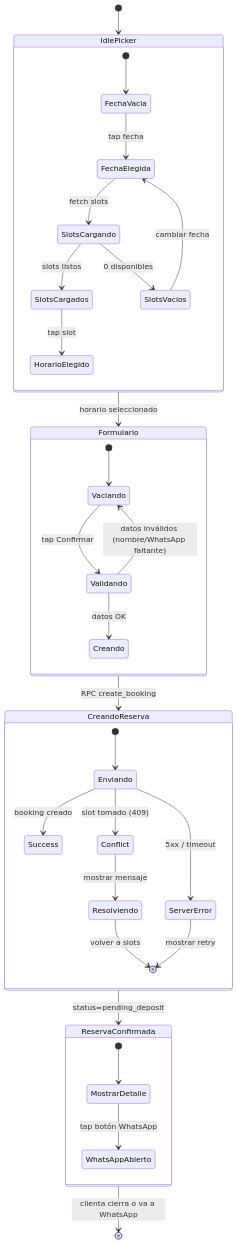
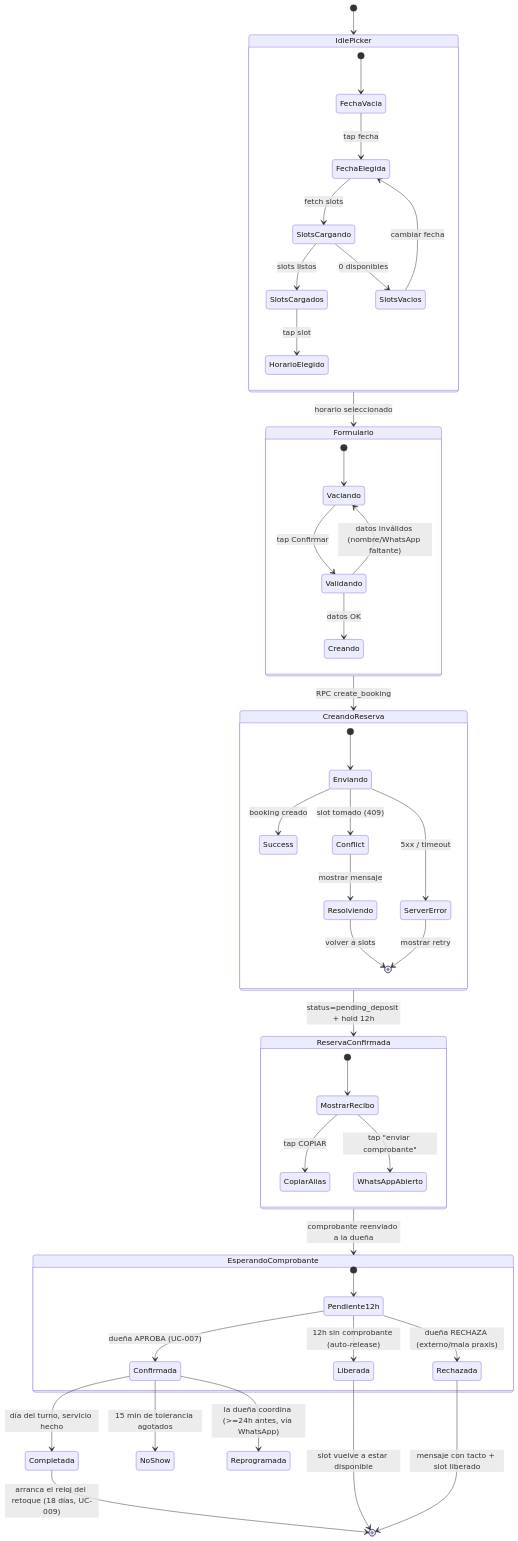
Before and after one commit to bertoleor/khal: the diagram in docs/ux-flows/diagrams/uc-002-reservar/states.md, drawn with Mermaid. The commit also changed 6 other files, not shown here.

Commit message:
docs(ux-flows): v2 use-cases, screen-map, estados, full flows deck + 12-screen board (design: 10-uiux)

````diff
--- a/docs/ux-flows/diagrams/uc-002-reservar/states.md
+++ b/docs/ux-flows/diagrams/uc-002-reservar/states.md
@@ -3,40 +3,54 @@
 ```mermaid
 stateDiagram-v2
     [*] --> IdlePicker
     state IdlePicker {
         [*] --> FechaVacia
         FechaVacia --> FechaElegida: tap fecha
         FechaElegida --> SlotsCargando: fetch slots
         SlotsCargando --> SlotsCargados: slots listos
         SlotsCargando --> SlotsVacios: 0 disponibles
         SlotsVacios --> FechaElegida: cambiar fecha
         SlotsCargados --> HorarioElegido: tap slot
     }
 
     IdlePicker --> Formulario: horario seleccionado
     state Formulario {
         [*] --> Vaciando
         Vaciando --> Validando: tap Confirmar
         Validando --> Vaciando: datos inválidos (nombre/WhatsApp faltante)
         Validando --> Creando: datos OK
     }
 
     Formulario --> CreandoReserva: RPC create_booking
     state CreandoReserva {
         [*] --> Enviando
         Enviando --> Success: booking creado
         Enviando --> Conflict: slot tomado (409)
         Enviando --> ServerError: 5xx / timeout
         Conflict --> Resolviendo: mostrar mensaje
         Resolviendo --> [*]: volver a slots
         ServerError --> [*]: mostrar retry
     }
 
-    CreandoReserva --> ReservaConfirmada: status=pending_deposit
+    CreandoReserva --> ReservaConfirmada: status=pending_deposit + hold 12h
     state ReservaConfirmada {
-        [*] --> MostrarDetalle
-        MostrarDetalle --> WhatsAppAbierto: tap botón WhatsApp
+        [*] --> MostrarRecibo
+        MostrarRecibo --> CopiarAlias: tap COPIAR
+        MostrarRecibo --> WhatsAppAbierto: tap "enviar comprobante"
     }
 
-    ReservaConfirmada --> [*]: clienta cierra o va a WhatsApp
+    ReservaConfirmada --> EsperandoComprobante: comprobante reenviado a la dueña
+    state EsperandoComprobante {
+        [*] --> Pendiente12h
+        Pendiente12h --> Confirmada: dueña APROBA (UC-007)
+        Pendiente12h --> Liberada: 12h sin comprobante (auto-release)
+        Pendiente12h --> Rechazada: dueña RECHAZA (externo/mala praxis)
+    }
+    Liberada --> [*]: slot vuelve a estar disponible
+    Rechazada --> [*]: mensaje con tacto + slot liberado
+
+    Confirmada --> Completada: día del turno, servicio hecho
+    Confirmada --> NoShow: 15 min de tolerancia agotados
+    Confirmada --> Reprogramada: la dueña coordina (>=24h antes, vía WhatsApp)
+    Completada --> [*]: arranca el reloj del retoque (18 días, UC-009)
 ```
````
